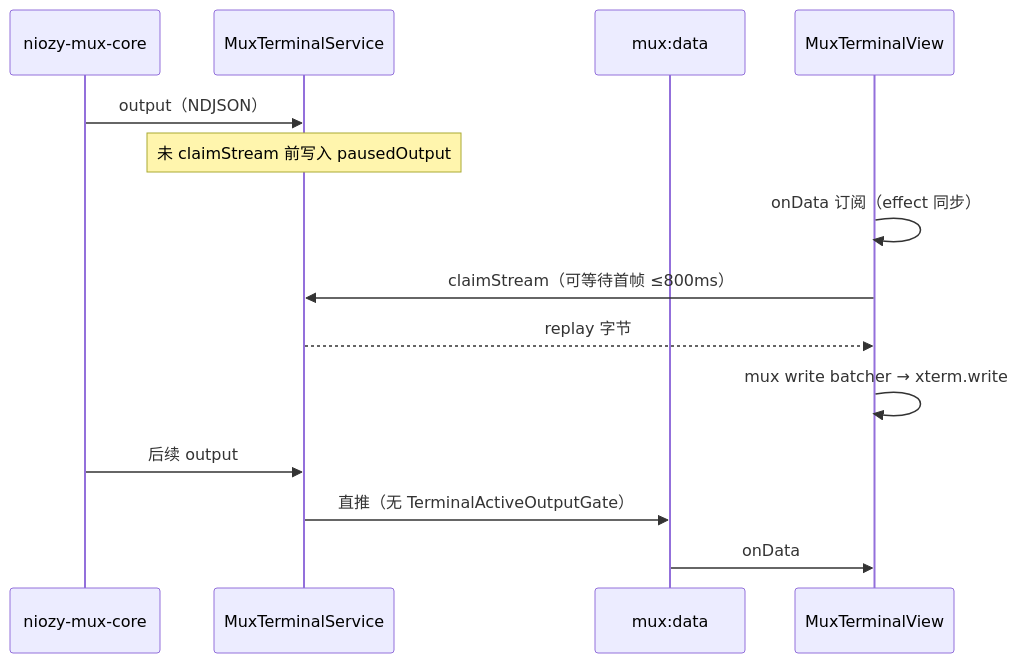
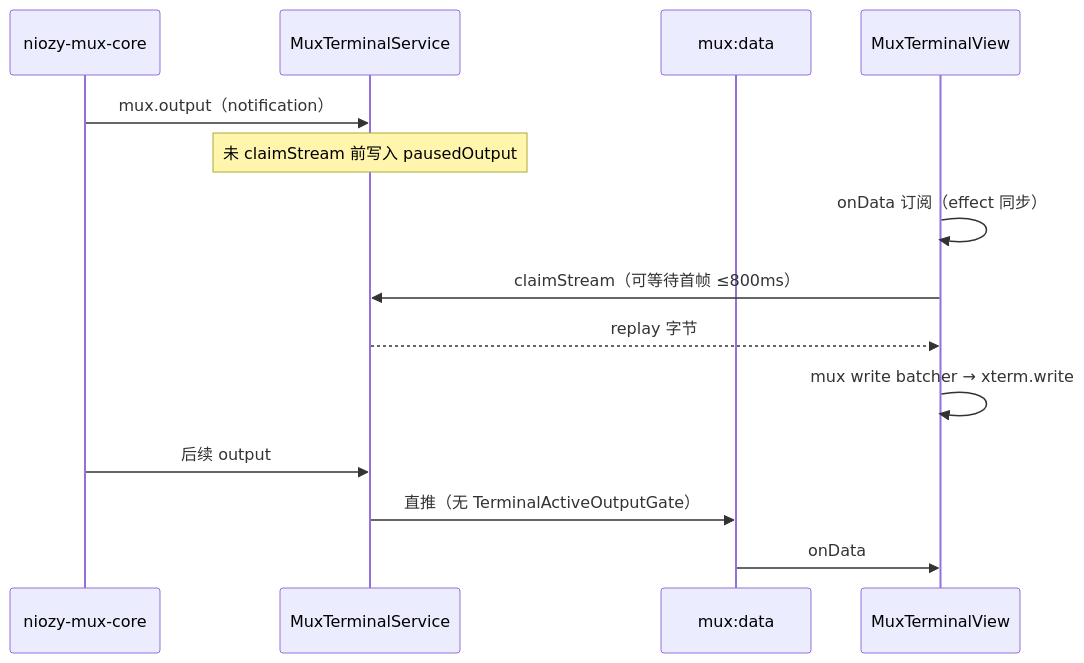
The second of 3 diagrams in docs/功能Mux终端.md (Landers1037/NioZy), drawn with Mermaid before and after one commit. The commit also changed other lines of this file and 48 other files, not shown here.

````diff
--- a/docs/功能Mux终端.md
+++ b/docs/功能Mux终端.md
@@ -68,17 +91,17 @@
 ```mermaid
 sequenceDiagram
   participant Rust as niozy-mux-core
   participant MS as MuxTerminalService
   participant IPC as mux:data
   participant View as MuxTerminalView
 
-  Rust->>MS: output（NDJSON）
+  Rust->>MS: mux.output（notification）
   Note over MS: 未 claimStream 前写入 pausedOutput
   View->>View: onData 订阅（effect 同步）
   View->>MS: claimStream（可等待首帧 ≤800ms）
   MS-->>View: replay 字节
   View->>View: mux write batcher → xterm.write
   Rust->>MS: 后续 output
   MS->>IPC: 直推（无 TerminalActiveOutputGate）
   IPC->>View: onData
 ```
````
